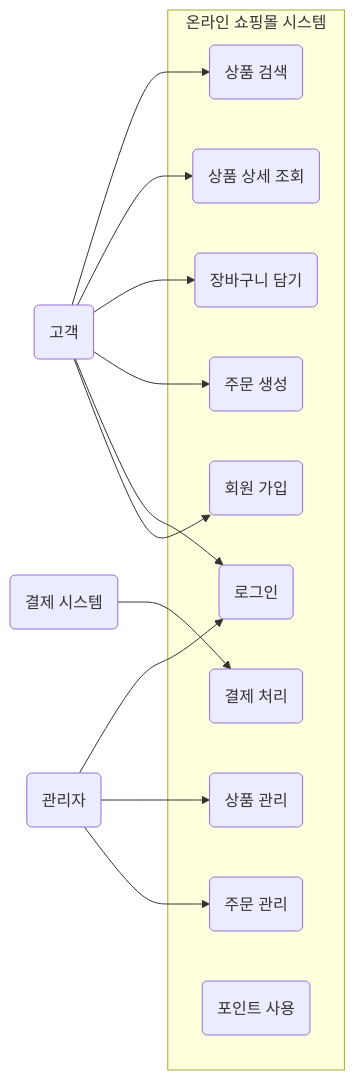
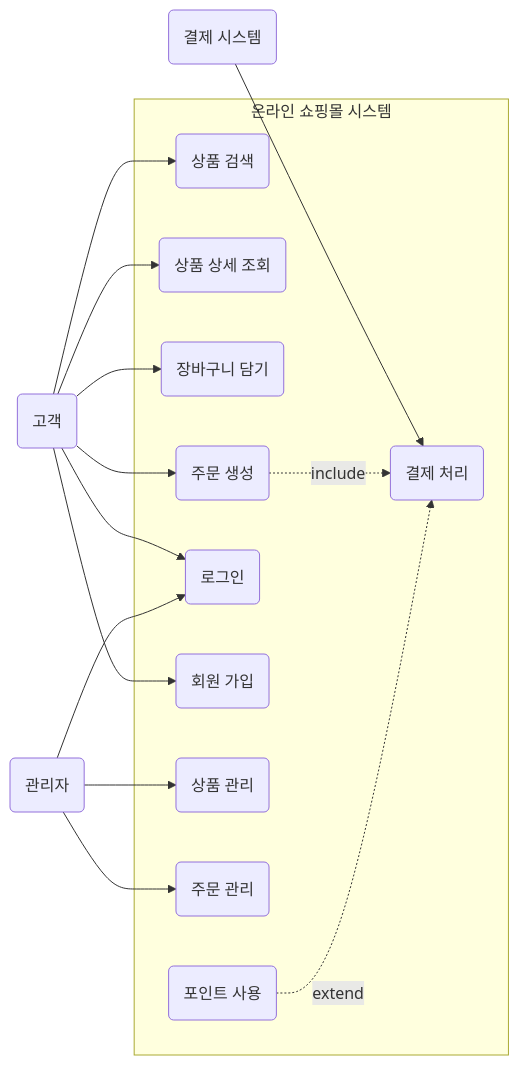
The first of 2 diagrams in Part3-Design/11 UML과 모델 설계/11.02 Usecase Diagram.md (ohhoonim/course-java-starting-with-jdk25), drawn with Mermaid before and after one commit. The commit also changed other lines of this file and 5 other files, not shown here.

````diff
--- a/Part3-Design/11 UML과 모델 설계/11.02 Usecase Diagram.md
+++ b/Part3-Design/11 UML과 모델 설계/11.02 Usecase Diagram.md
@@ -36,33 +36,36 @@
 ```mermaid
 graph LR 
     %% 액터 정의
     actor_customer(고객);
     actor_admin(관리자);
     actor_payment(결제 시스템);
 
     %% 시스템 경계 정의
     subgraph "온라인 쇼핑몰 시스템"
         usecase_search(상품 검색);
         usecase_view_product(상품 상세 조회);
         usecase_add_cart(장바구니 담기);
         usecase_order(주문 생성);
         usecase_payment(결제 처리);
         usecase_member_login(로그인);
         usecase_member_signup(회원 가입);
         usecase_manage_product(상품 관리);
         usecase_manage_order(주문 관리);
         usecase_use_point(포인트 사용);
     end
 
     %% 액터와 유스케이스 간 관계
     actor_customer --> usecase_search;
     actor_customer --> usecase_view_product;
     actor_customer --> usecase_add_cart;
     actor_customer --> usecase_order;
     actor_customer --> usecase_member_login;
     actor_customer --> usecase_member_signup;
     actor_admin --> usecase_member_login;
     actor_admin --> usecase_manage_product;
     actor_admin --> usecase_manage_order;
     actor_payment --> usecase_payment;
+
+    usecase_order -. include .-> usecase_payment;
+    usecase_use_point -. extend .-> usecase_payment;
 ```
````
